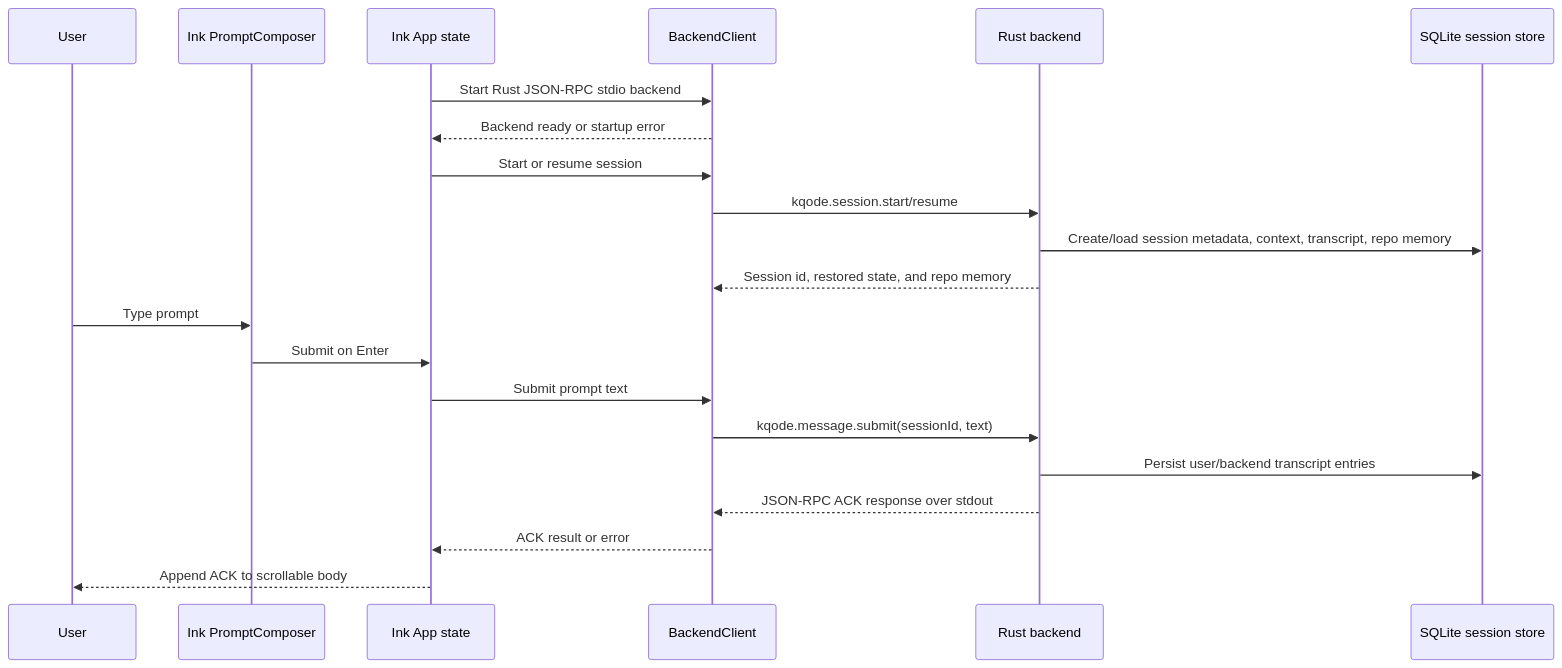
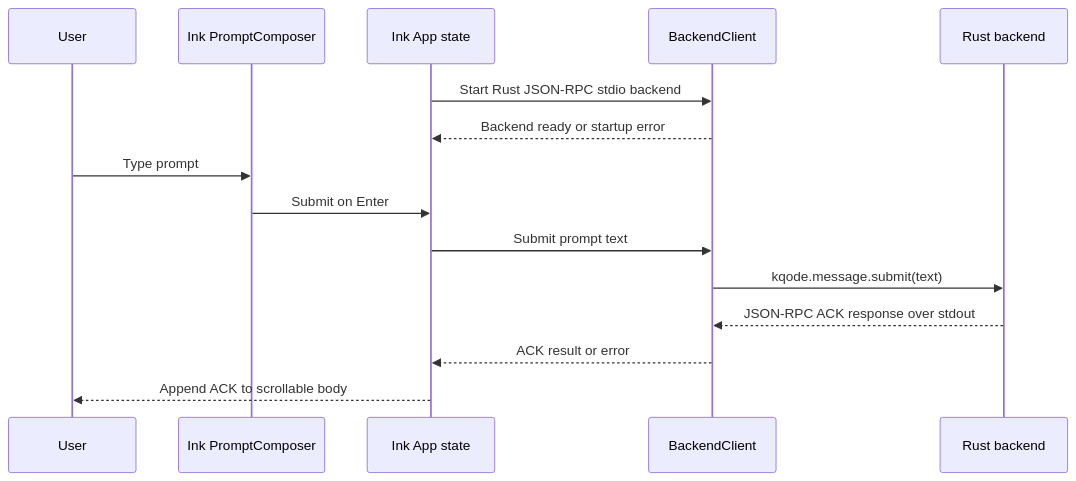
Before and after one commit to kefeiqian/KQode: the diagram in docs/plans/2026-06-25-003-feat-first-ink-tui-homepage-plan.md, drawn with Mermaid. The commit also changed other lines of this file and 1 other file, not shown here.

First line of the commit message:
docs(plans): move session store and /resume scope into the streaming-chat plan

````diff
--- a/docs/plans/2026-06-25-003-feat-first-ink-tui-homepage-plan.md
+++ b/docs/plans/2026-06-25-003-feat-first-ink-tui-homepage-plan.md
@@ -339,24 +311,18 @@
 ```mermaid
 sequenceDiagram
     participant User
     participant Composer as Ink PromptComposer
     participant App as Ink App state
     participant Client as BackendClient
     participant Rust as Rust backend
-    participant DB as SQLite session store
 
     App->>Client: Start Rust JSON-RPC stdio backend
     Client-->>App: Backend ready or startup error
-    App->>Client: Start or resume session
-    Client->>Rust: kqode.session.start/resume
-    Rust->>DB: Create/load session metadata, context, transcript, repo memory
-    Rust-->>Client: Session id, restored state, and repo memory
     User->>Composer: Type prompt
     Composer->>App: Submit on Enter
     App->>Client: Submit prompt text
-    Client->>Rust: kqode.message.submit(sessionId, text)
-    Rust->>DB: Persist user/backend transcript entries
+    Client->>Rust: kqode.message.submit(text)
     Rust-->>Client: JSON-RPC ACK response over stdout
     Client-->>App: ACK result or error
     App-->>User: Append ACK to scrollable body
 ```
````
